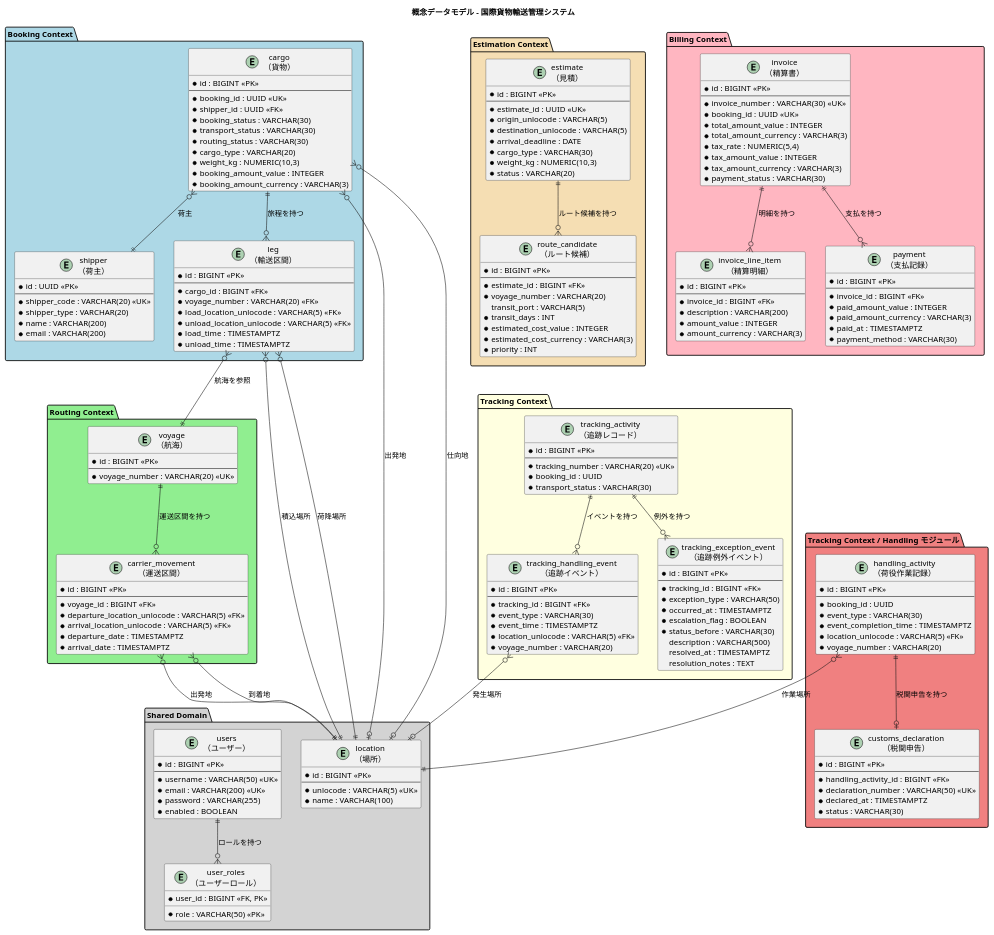
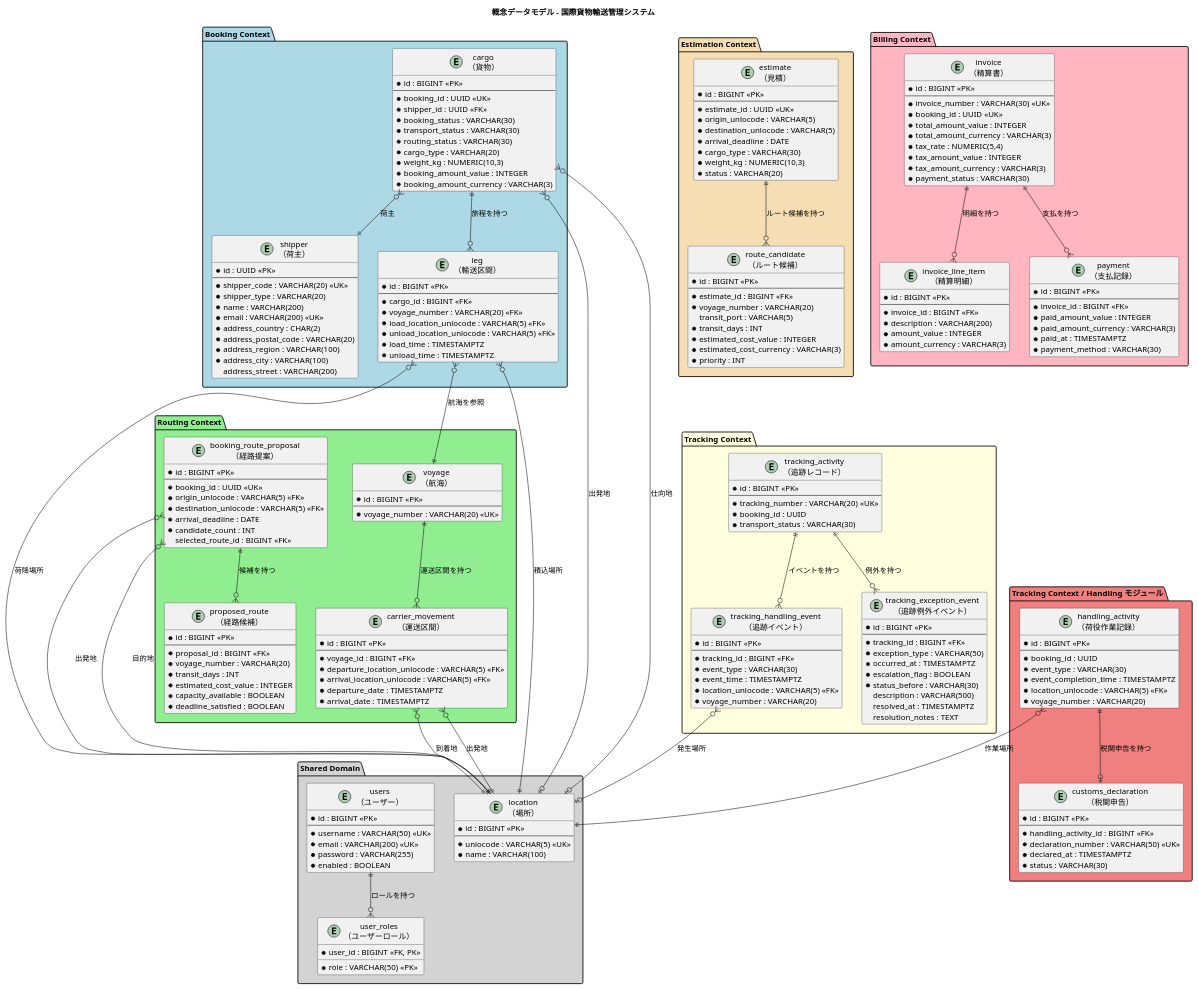
Before and after one commit to k2works/case-study-cargo-tracker: the first of 9 diagrams in docs/design/data-model.md, drawn with PlantUML. The commit also changed other lines of this file and 8 other files, not shown here.

```diff
--- a/docs/design/data-model.md
+++ b/docs/design/data-model.md
@@ -68,7 +68,12 @@
     * shipper_code : VARCHAR(20) <<UK>>
     * shipper_type : VARCHAR(20)
     * name : VARCHAR(200)
-    * email : VARCHAR(200)
+    * email : VARCHAR(200) <<UK>>
+    * address_country : CHAR(2)
+    * address_postal_code : VARCHAR(20)
+    * address_region : VARCHAR(100)
+    * address_city : VARCHAR(100)
+    address_street : VARCHAR(200)
   }
 
   entity "cargo\n（貨物）" as cargo {
@@ -98,6 +103,28 @@
 }
 
 package "Routing Context" #lightgreen {
+  entity "booking_route_proposal\n（経路提案）" as booking_route_proposal {
+    * id : BIGINT <<PK>>
+    --
+    * booking_id : UUID <<UK>>
+    * origin_unlocode : VARCHAR(5) <<FK>>
+    * destination_unlocode : VARCHAR(5) <<FK>>
+    * arrival_deadline : DATE
+    * candidate_count : INT
+    selected_route_id : BIGINT <<FK>>
+  }
+
+  entity "proposed_route\n（経路候補）" as proposed_route {
+    * id : BIGINT <<PK>>
+    --
+    * proposal_id : BIGINT <<FK>>
+    * voyage_number : VARCHAR(20)
+    * transit_days : INT
+    * estimated_cost_value : INTEGER
+    * capacity_available : BOOLEAN
+    * deadline_satisfied : BOOLEAN
+  }
+
   entity "voyage\n（航海）" as voyage {
     * id : BIGINT <<PK>>
     --
@@ -239,6 +266,9 @@
 cargo }o--o| location : "仕向地"
 
 ' Routing Context relations
+booking_route_proposal ||--o{ proposed_route : "候補を持つ"
+booking_route_proposal }o--|| location : "出発地"
+booking_route_proposal }o--|| location : "目的地"
 voyage ||--o{ carrier_movement : "運送区間を持つ"
 carrier_movement }o--|| location : "出発地"
 carrier_movement }o--|| location : "到着地"
```
